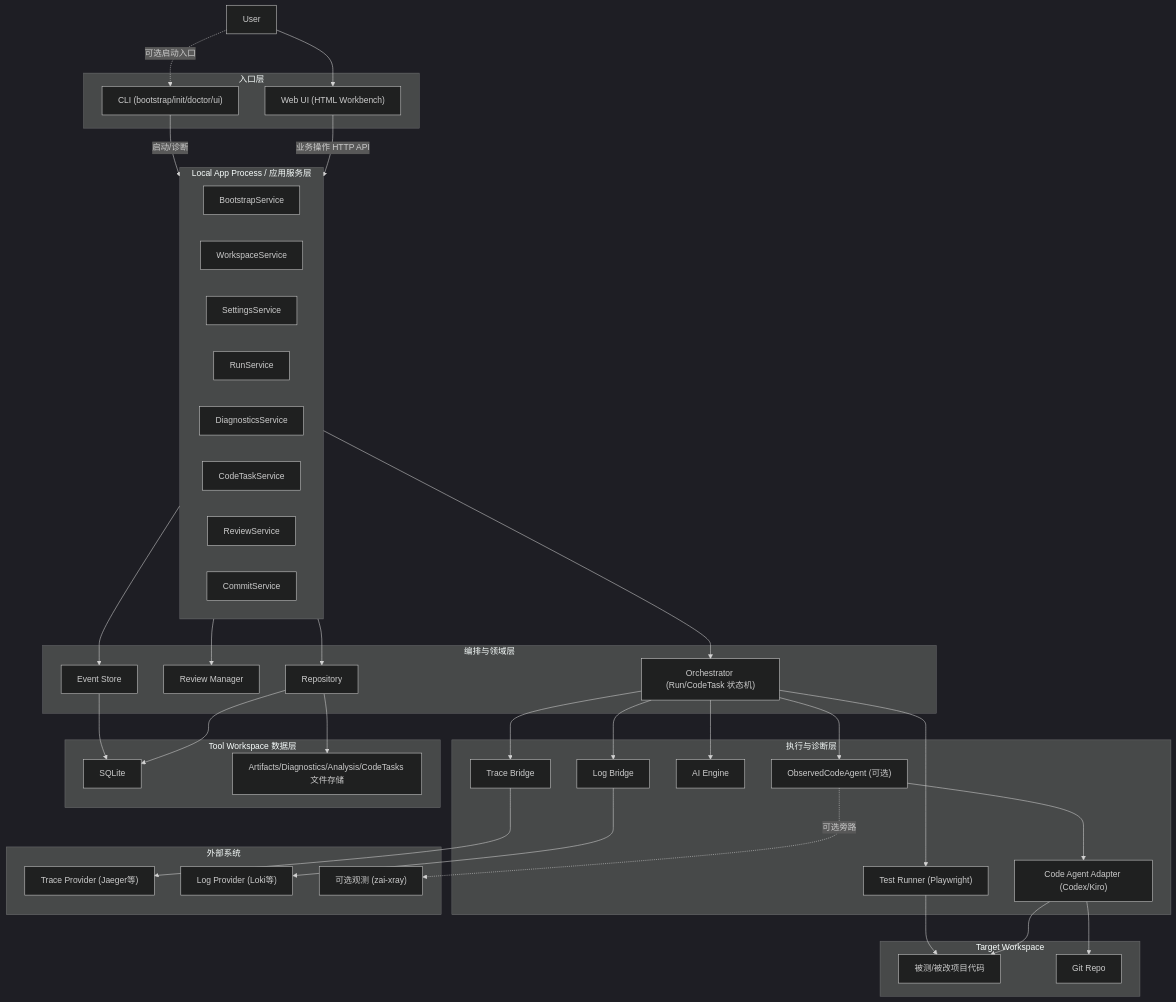
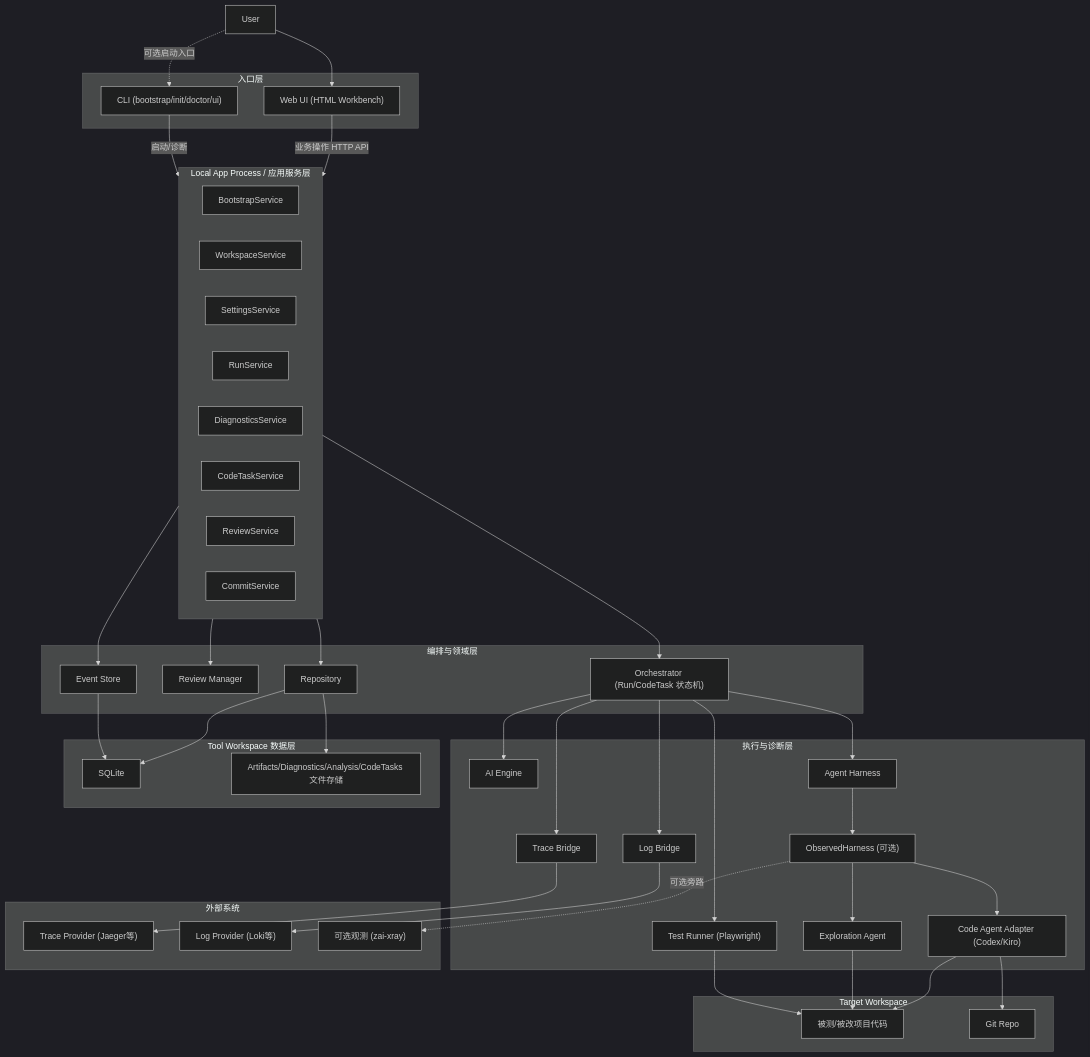
Before and after one commit to Zack-Zz/ai-regression-workbench: the first of 3 diagrams in docs/design.md, drawn with Mermaid (dark theme). The commit also changed other lines of this file and 21 other files, not shown here.

```diff
--- a/docs/design.md
+++ b/docs/design.md
@@ -199,8 +206,10 @@
     TB["Trace Bridge"]
     LB["Log Bridge"]
     AI["AI Engine"]
+    AH["Agent Harness"]
+    OH["ObservedHarness (可选)"]
+    EA["Exploration Agent"]
     CA["Code Agent Adapter (Codex/Kiro)"]
-    OCA["ObservedCodeAgent (可选)"]
   end
 
   subgraph ToolData["Tool Workspace 数据层"]
@@ -234,16 +243,19 @@
   ORCH --> TB
   ORCH --> LB
   ORCH --> AI
-  ORCH --> OCA
-  OCA --> CA
+  ORCH --> AH
+  AH --> OH
+  OH --> EA
+  OH --> CA
 
   TR --> TP
+  EA --> TP
   CA --> TP
   CA --> TG
 
   TB --> TPV
   LB --> LPV
-  OCA -.可选旁路.-> OBS
+  OH -.可选旁路.-> OBS
 
   EV --> DB
   REPO --> DB
```
